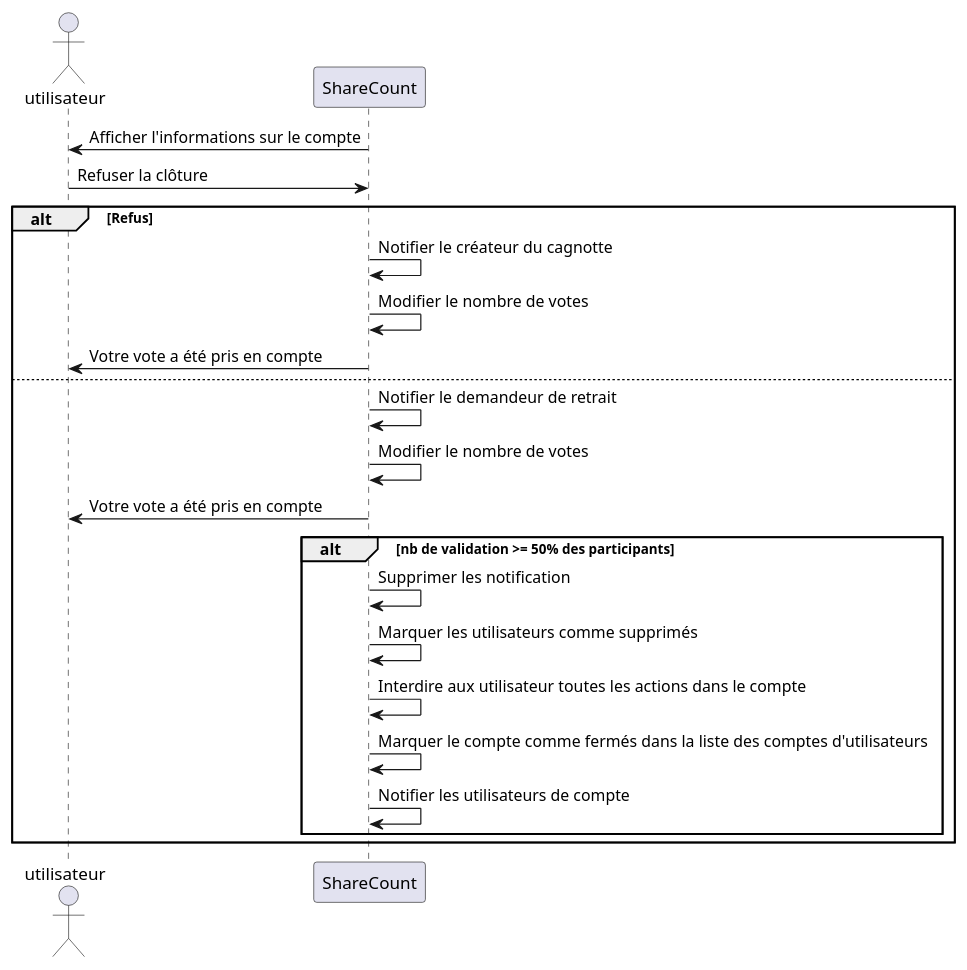
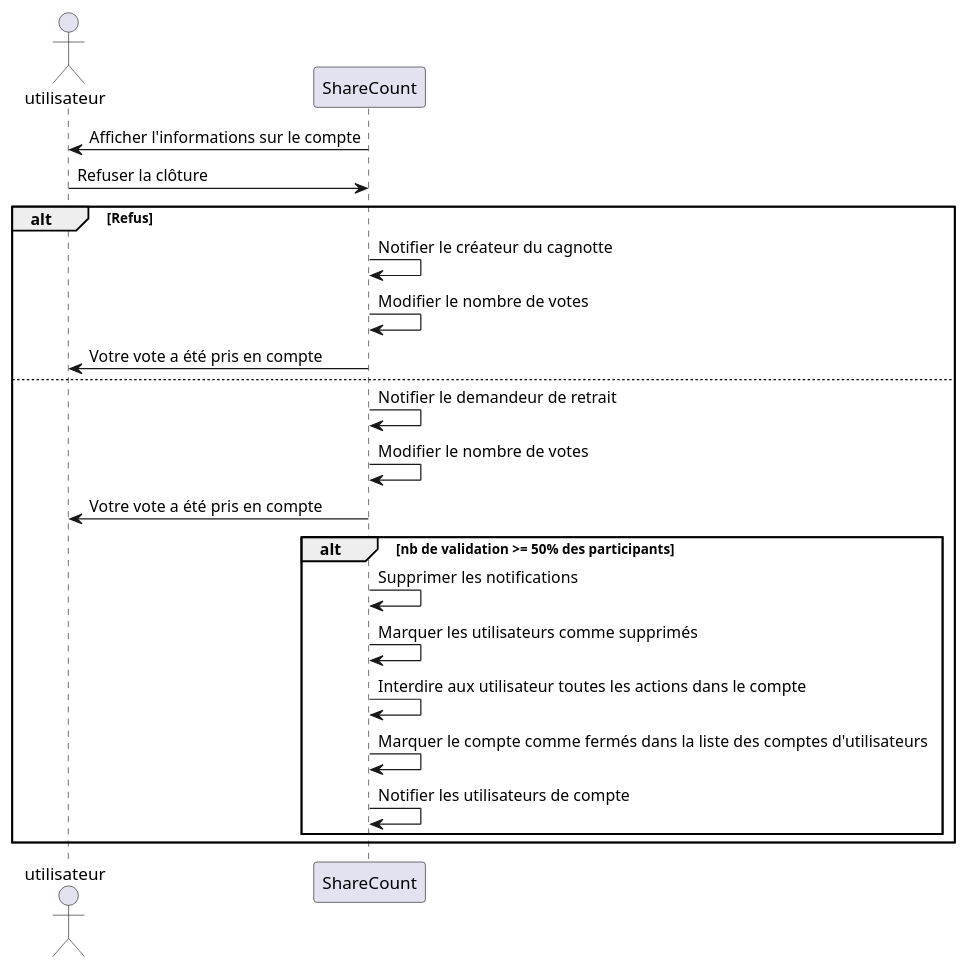
Before and after one commit to lmtb06/sharecount: the diagram in diagrammes/specification/sequence/notifications/valider-la-cloture-d'une-cagnotte.puml, drawn with PlantUML. The commit also changed 8 other files, not shown here.

```diff
--- a/diagrammes/specification/sequence/notifications/valider-la-cloture-d'une-cagnotte.puml
+++ b/diagrammes/specification/sequence/notifications/valider-la-cloture-d'une-cagnotte.puml
@@ -1,29 +1,29 @@
 @startuml  Valider la clôture d'une cagnotte
 
 actor utilisateur as u
 participant ShareCount as sc
 
 sc -> u : Afficher l'informations sur le compte
 
 u -> sc : Refuser la clôture
 alt Refus
 sc -> sc : Notifier le créateur du cagnotte
 sc -> sc : Modifier le nombre de votes
 sc -> u : Votre vote a été pris en compte
 else
 sc -> sc : Notifier le demandeur de retrait
 sc -> sc : Modifier le nombre de votes
 sc -> u : Votre vote a été pris en compte
 
 alt nb de validation >= 50% des participants
-sc -> sc : Supprimer les notification
+sc -> sc : Supprimer les notifications 
 sc -> sc : Marquer les utilisateurs comme supprimés
 sc -> sc : Interdire aux utilisateur toutes les actions dans le compte
 sc -> sc : Marquer le compte comme fermés dans la liste des comptes d'utilisateurs
 sc -> sc : Notifier les utilisateurs de compte
 
 end
 end
 
 
 @enduml
```
